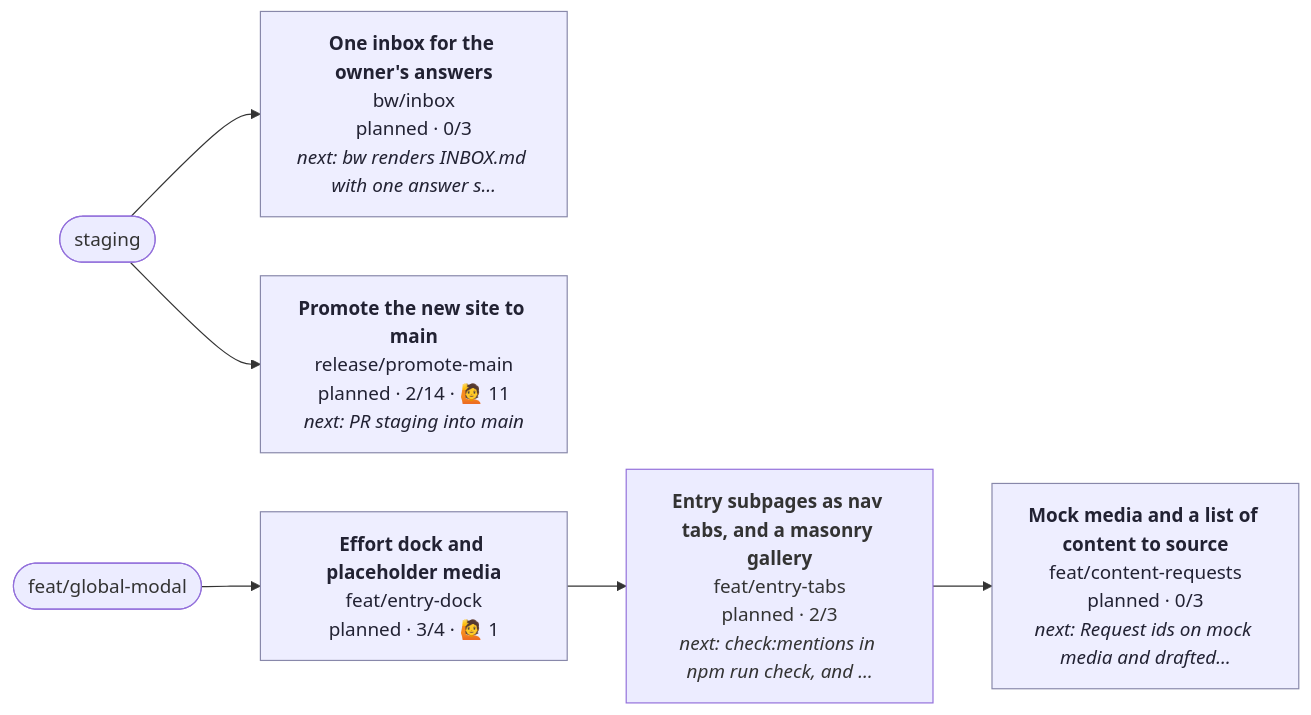
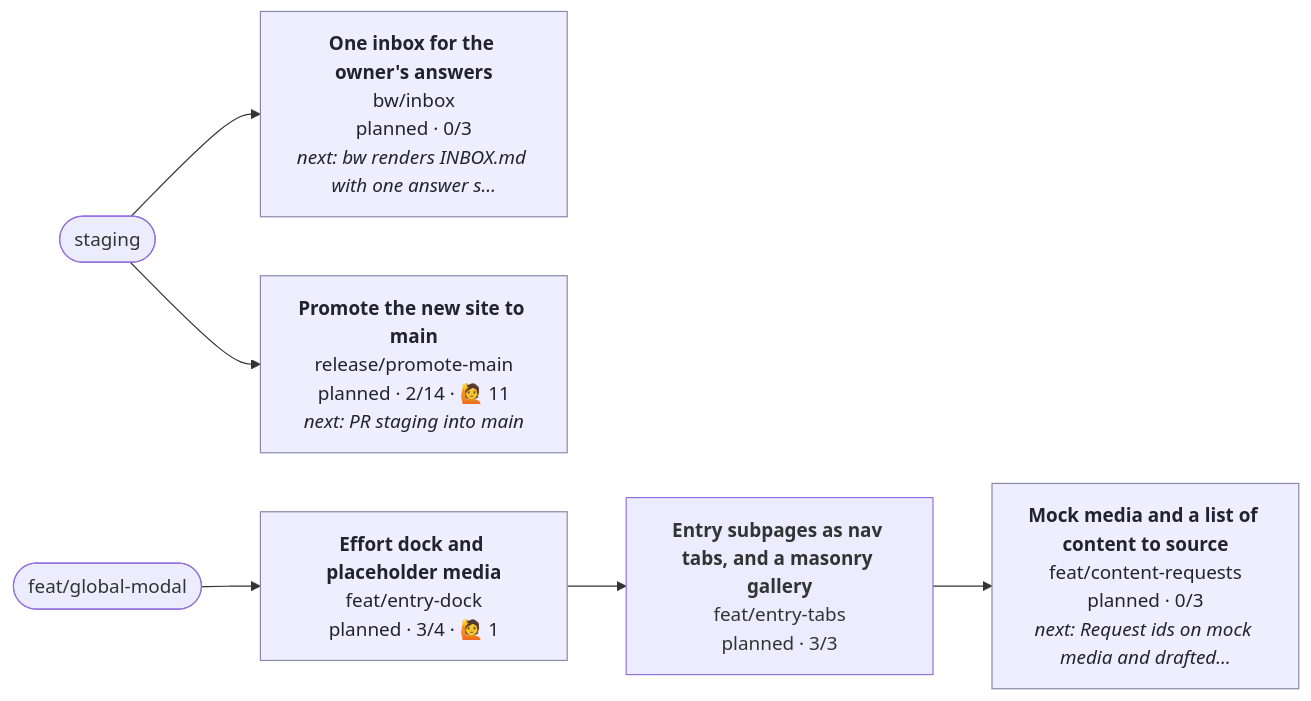
One commit to henryjonescodes/portfolio changed the diagram in CONTRIBUTING.md. Above: the diagram before and after it, drawn with Mermaid. The commit also changed other lines of this file, not shown here.

````diff
--- a/CONTRIBUTING.md
+++ b/CONTRIBUTING.md
@@ -5,25 +5,25 @@
 ```mermaid
 flowchart LR
   n_staging([staging])
   n_feat_global_modal([feat/global-modal])
   n_bw_inbox["<b>One inbox for the owner's answers</b><br/>bw/inbox<br/>planned · 0/3<br/><i>next: bw renders INBOX.md with one answer s…</i>"]
   class n_bw_inbox planned
   n_staging --> n_bw_inbox
   n_feat_content_requests["<b>Mock media and a list of content to source</b><br/>feat/content-requests<br/>planned · 0/3<br/><i>next: Request ids on mock media and drafted…</i>"]
   class n_feat_content_requests planned
   n_feat_entry_tabs --> n_feat_content_requests
   n_feat_entry_dock["<b>Effort dock and placeholder media</b><br/>feat/entry-dock<br/>planned · 3/4 · 🙋 1"]
   class n_feat_entry_dock planned
   n_feat_global_modal --> n_feat_entry_dock
-  n_feat_entry_tabs["<b>Entry subpages as nav tabs, and a masonry gallery</b><br/>feat/entry-tabs<br/>planned · 2/3<br/><i>next: check:mentions in npm run check, and …</i>"]
+  n_feat_entry_tabs["<b>Entry subpages as nav tabs, and a masonry gallery</b><br/>feat/entry-tabs<br/>planned · 3/3"]
   class n_feat_entry_tabs planned,current
   n_feat_entry_dock --> n_feat_entry_tabs
   n_release_promote_main["<b>Promote the new site to main</b><br/>release/promote-main<br/>planned · 2/14 · 🙋 11<br/><i>next: PR staging into main</i>"]
   class n_release_promote_main planned
   n_staging --> n_release_promote_main
   classDef planned fill:#eef,stroke:#88a,color:#223
   classDef active fill:#dfd,stroke:#3a3,stroke-width:3px,color:#132
   classDef blocked fill:#fdd,stroke:#c33,color:#311
   classDef review fill:#ffd,stroke:#cc3,color:#331
   classDef current stroke:#06c,stroke-width:4px
 ```
````
